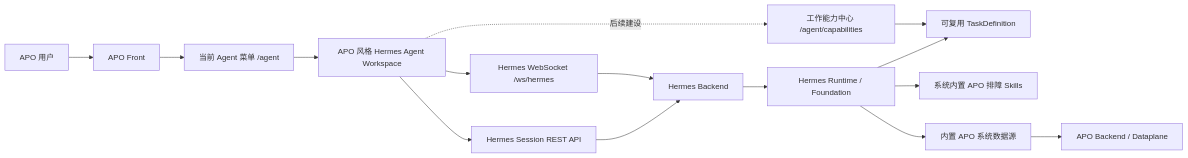
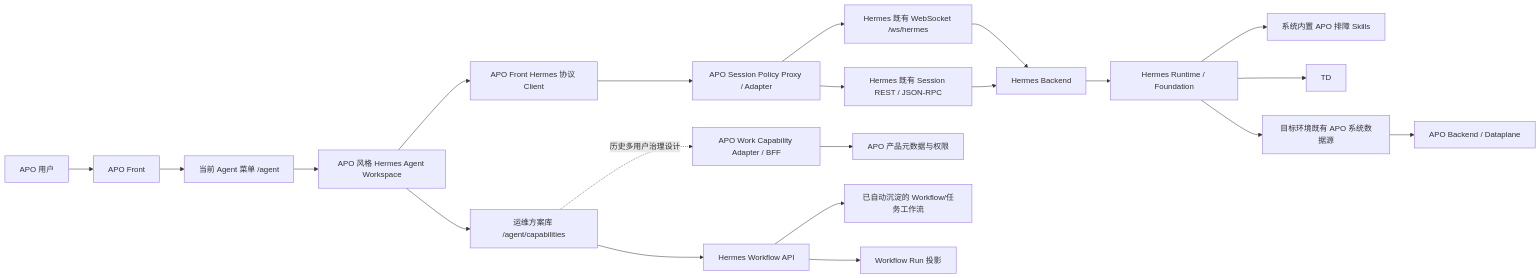
Before and after one commit to CloudDetail/apo: the diagram in frontend/docs/hermes-replaces-agentsre-plan.md, drawn with Mermaid. The commit also changed other lines of this file and 25 other files, not shown here.

Commit message:
feat: sync Hermes workflow task library

````diff
--- a/frontend/docs/hermes-replaces-agentsre-plan.md
+++ b/frontend/docs/hermes-replaces-agentsre-plan.md
@@ -84,17 +92,23 @@
 ```mermaid
 flowchart LR
     U["APO 用户"] --> F["APO Front"]
     F --> M["当前 Agent 菜单 /agent"]
     M --> W["APO 风格 Hermes Agent Workspace"]
-    W -. "后续建设" .-> WC["工作能力中心 /agent/capabilities"]
-    W --> WS["Hermes WebSocket /ws/hermes"]
-    W --> API["Hermes Session REST API"]
-    WC --> TD["可复用 TaskDefinition"]
+    W --> WC["运维方案库 /agent/capabilities"]
+    WC --> HAPI["Hermes Workflow API"]
+    WC -. "历史多用户治理设计" .-> WF["APO Work Capability Adapter / BFF"]
+    W --> PC["APO Front Hermes 协议 Client"]
+    PC --> SP["APO Session Policy Proxy / Adapter"]
+    SP --> WS["Hermes 既有 WebSocket /ws/hermes"]
+    SP --> API["Hermes 既有 Session REST / JSON-RPC"]
+    WF --> APODB["APO 产品元数据与权限"]
+    HAPI --> PB["已自动沉淀的 Workflow/任务工作流"]
+    HAPI --> TR["Workflow Run 投影"]
     WS --> HB["Hermes Backend"]
     API --> HB
     HB --> HR["Hermes Runtime / Foundation"]
     HR --> SK["系统内置 APO 排障 Skills"]
     HR --> TD
-    HR --> DS["内置 APO 系统数据源"]
+    HR --> DS["目标环境既有 APO 系统数据源"]
     DS --> APO["APO Backend / Dataplane"]
 ```
````
